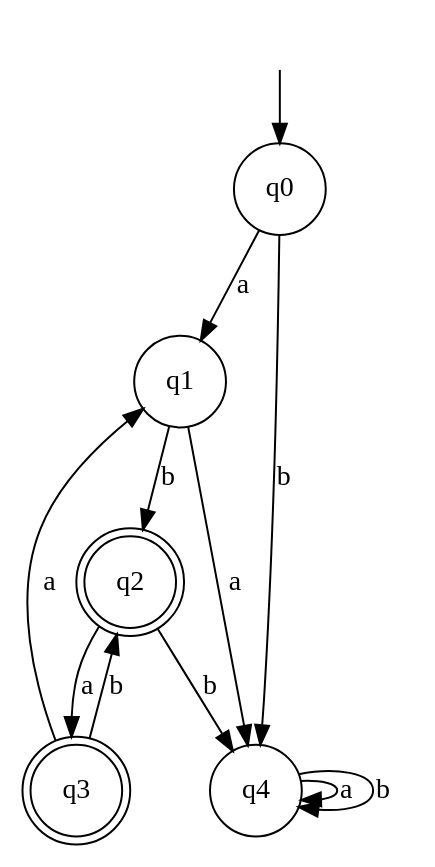
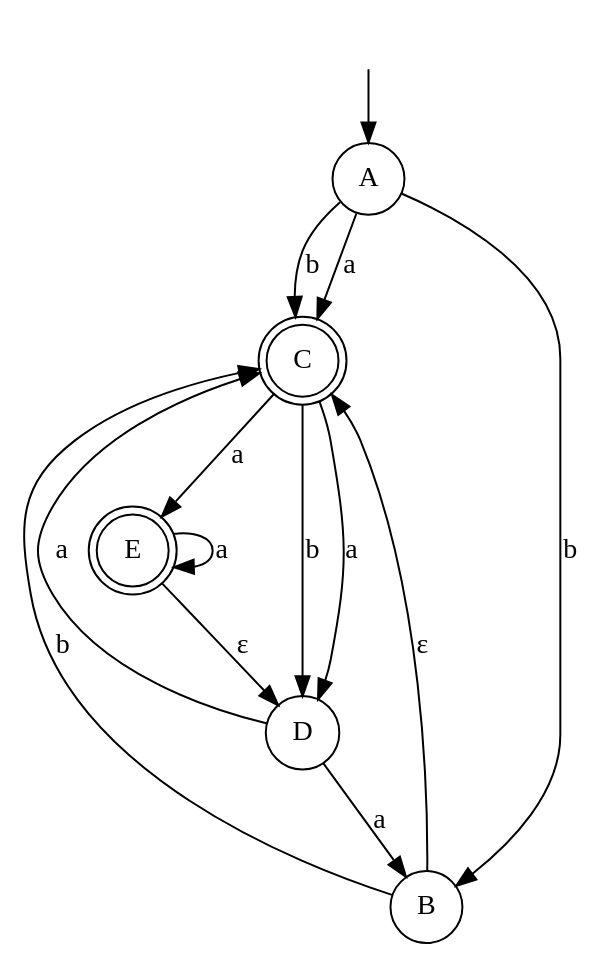
The diagram in ProjectFormeleMethodes/Visualization/Graphs/TestGraph.dot (Waylon194/Formele-methode), drawn with Graphviz before and after one commit. The commit also changed 13 other files, not shown here.

```diff
--- a/ProjectFormeleMethodes/Visualization/Graphs/TestGraph.dot
+++ b/ProjectFormeleMethodes/Visualization/Graphs/TestGraph.dot
@@ -1,1 +1,1 @@
-digraph{ { node[style = invis, shape = none, label = " ", width = 0, height = 0] SSS } node [shape = doublecircle]; q2  q3 ;  node [shape = circle]; SSS-> q0 q0 -> q1 [ label = "a" ]; q0 -> q4 [ label = "b" ]; q1 -> q4 [ label = "a" ]; q1 -> q2 [ label = "b" ]; q2 -> q3 [ label = "a" ]; q2 -> q4 [ label = "b" ]; q3 -> q1 [ label = "a" ]; q3 -> q2 [ label = "b" ]; q4 -> q4 [ label = "a" ]; q4 -> q4 [ label = "b" ]; }
+digraph{ { node[style = invis, shape = none, label = " ", width = 0, height = 0] SSS } node [shape = doublecircle]; C  E ;  node [shape = circle]; SSS-> A A -> C [ label = "a" ]; A -> B [ label = "b" ]; A -> C [ label = "b" ]; B -> C [ label = "b" ]; B -> C [ label = "ɛ" ]; C -> D [ label = "a" ]; C -> E [ label = "a" ]; C -> D [ label = "b" ]; D -> B [ label = "a" ]; D -> C [ label = "a" ]; E -> E [ label = "a" ]; E -> D [ label = "ɛ" ]; }
```
